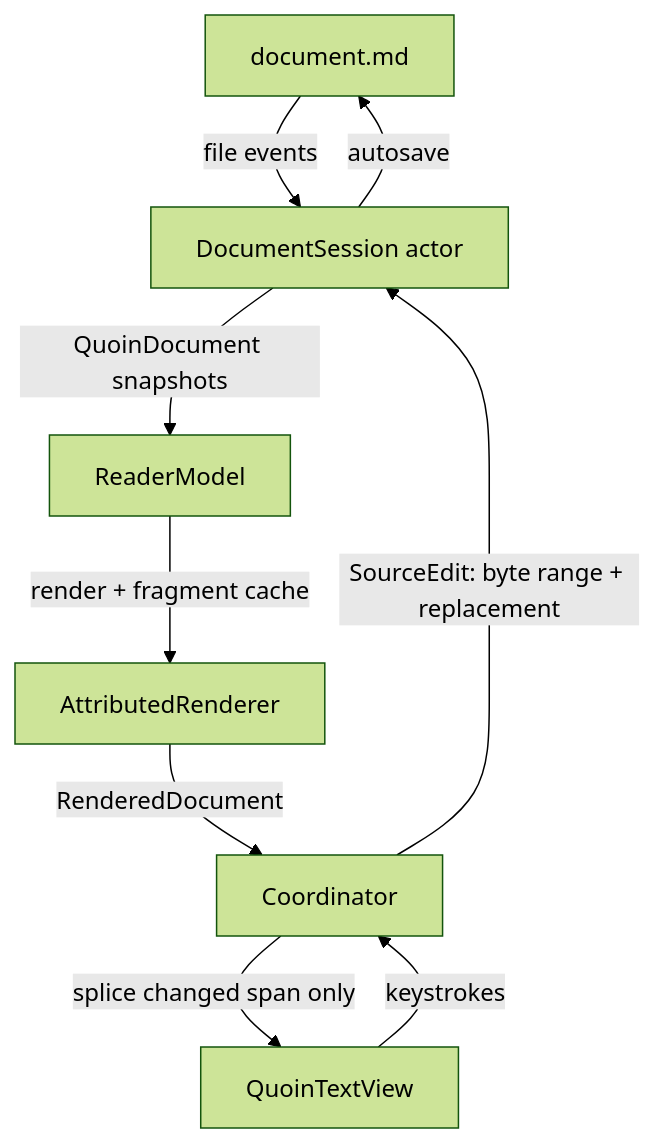
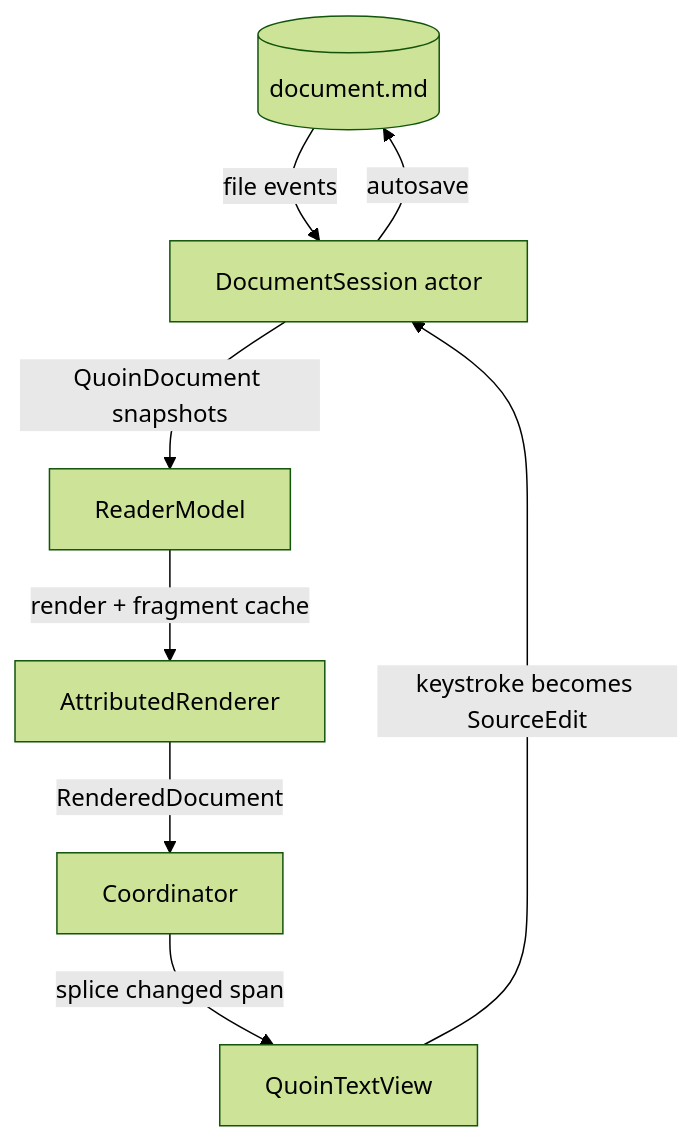
The first of 9 diagrams in docs/reference/architecture.md (2389-research/Quoin), drawn with Mermaid (forest theme) before and after one commit. The commit also changed 2 other files, not shown here.

Commit message:
docs: redesign the data-flow diagram (fix label overlap)
The old diagram had anti-parallel labeled edges (Coordinator↔QuoinTextView:
'splice changed span only' + 'keystrokes') whose labels collided into one
another, plus a long Coordinator→Session 'SourceEdit' edge whose label
floated far off to the side — in both MermaidKit and GitHub's renderer.

Redesign it as a clean one-way loop: the projection is the vertical spine
(session → ReaderModel → AttributedRenderer → Coordinator → QuoinTextView),
and a single labeled return edge carries the edit (QuoinTextView →
DocumentSession, 'keystroke becomes SourceEdit') — which is exactly the
doc's point: keystrokes never mutate the view, they become source edits.
Edge labels left unquoted (MermaidKit renders quotes literally on edges).
Verified via MermaidKit render + the doc-diagram validator.

````diff
--- a/docs/reference/architecture.md
+++ b/docs/reference/architecture.md
@@ -79,11 +79,17 @@
 ```mermaid
 flowchart TD
-    Disk[document.md] -->|file events| Session[DocumentSession actor]
+    Disk[("document.md")]
+    Session["DocumentSession actor"]
+    Model["ReaderModel"]
+    Renderer["AttributedRenderer"]
+    Coord["Coordinator"]
+    View["QuoinTextView"]
+
+    Disk -->|file events| Session
     Session -->|autosave| Disk
-    Session -->|QuoinDocument snapshots| Model[ReaderModel]
-    Model -->|render + fragment cache| Renderer[AttributedRenderer]
-    Renderer -->|RenderedDocument| Coordinator
-    Coordinator -->|splice changed span only| TextView[QuoinTextView]
-    TextView -->|keystrokes| Coordinator
-    Coordinator -->|SourceEdit: byte range + replacement| Session
+    Session -->|QuoinDocument snapshots| Model
+    Model -->|render + fragment cache| Renderer
+    Renderer -->|RenderedDocument| Coord
+    Coord -->|splice changed span| View
+    View -->|keystroke becomes SourceEdit| Session
 ```
````
